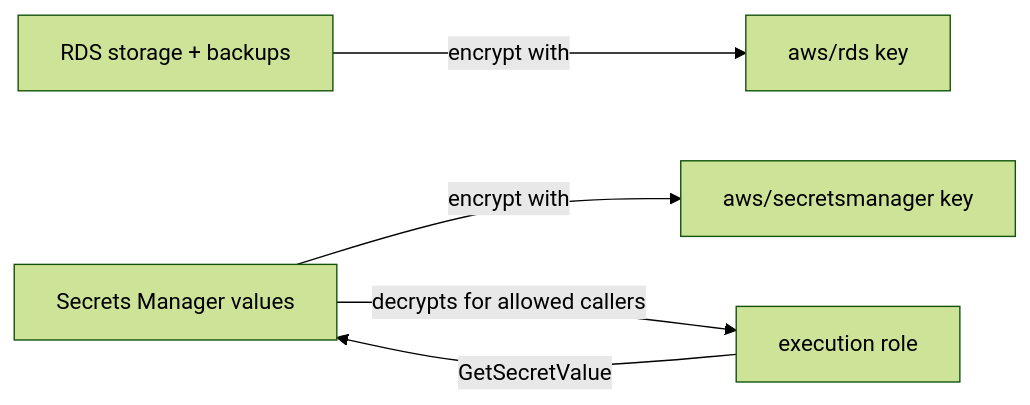
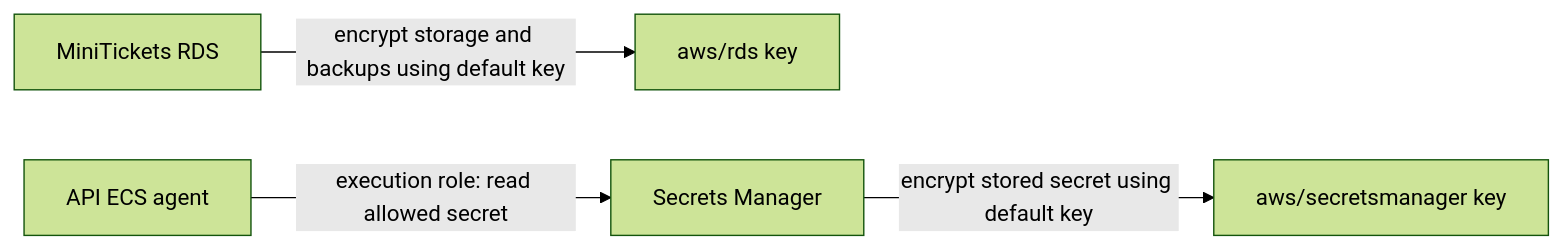
One commit to maheshnd/minitickets changed the diagram in docs/handbook/concepts/kms.md. Above: the diagram before and after it, drawn with Mermaid (forest theme). The commit also changed other lines of this file and 119 other files, not shown here.

````diff
--- a/docs/handbook/concepts/kms.md
+++ b/docs/handbook/concepts/kms.md
@@ -19,7 +18,6 @@
 ```mermaid
 flowchart LR
-    rds["RDS storage + backups"] -->|"encrypt with"| k1["aws/rds key"]
-    sm["Secrets Manager values"] -->|"encrypt with"| k2["aws/secretsmanager key"]
-    ecs["execution role"] -->|"GetSecretValue"| sm
-    sm -->|"decrypts for allowed callers"| ecs
+    rds["MiniTickets RDS"] -->|"encrypt storage and backups using default key"| rkey["aws/rds key"]
+    safe["Secrets Manager"] -->|"encrypt stored secret using default key"| skey["aws/secretsmanager key"]
+    ecs["API ECS agent"] -->|"execution role: read allowed secret"| safe
 ```
````
